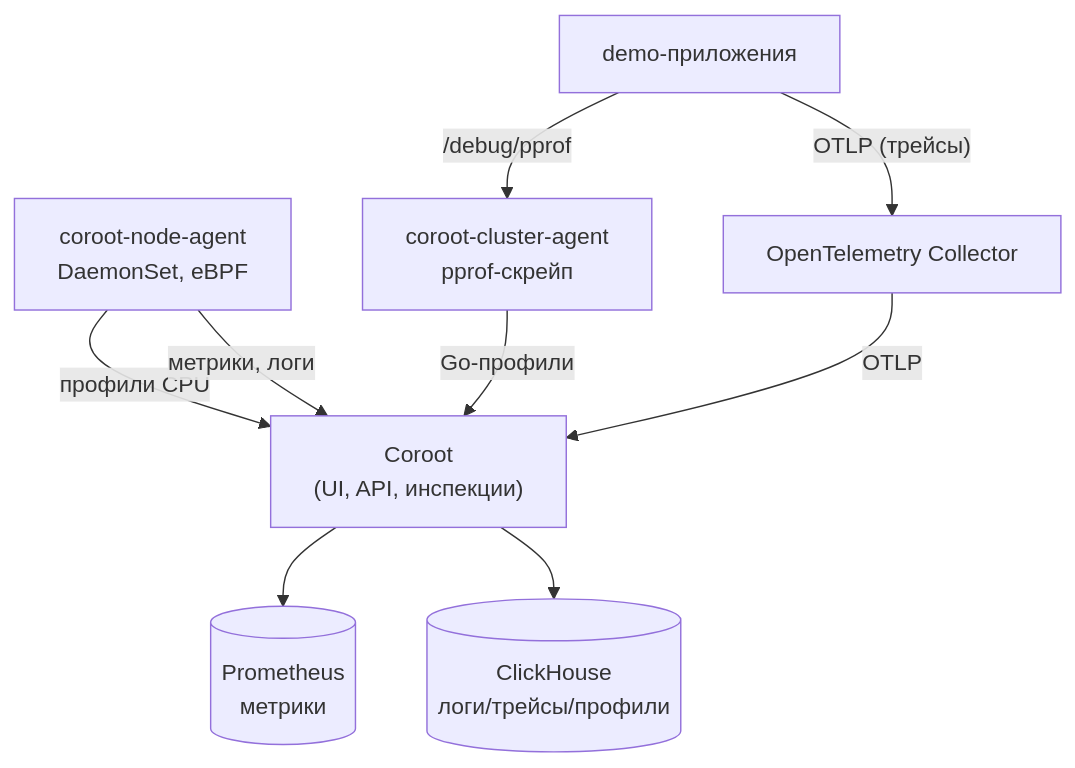
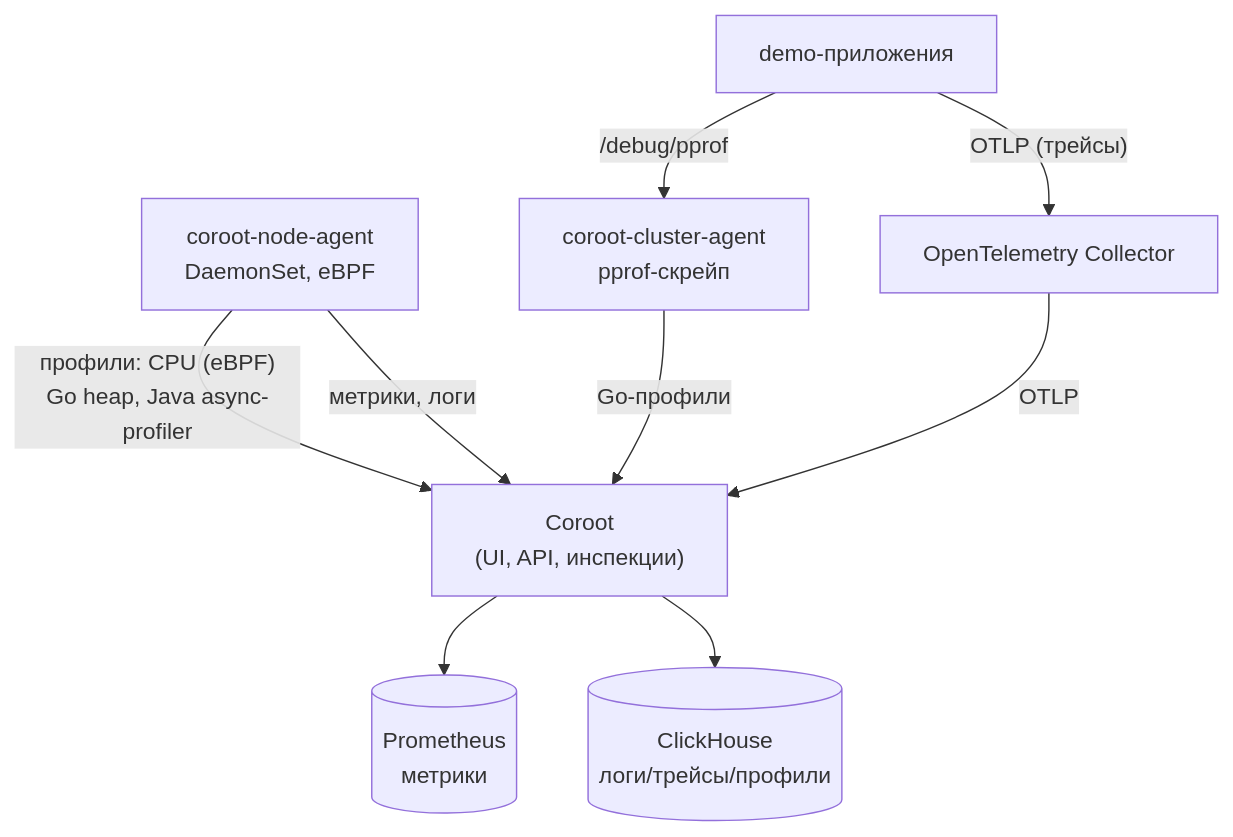
Before and after one commit to patsevanton/coroot-kubernetes-observability: the diagram in README.md, drawn with Mermaid.

Commit message:
docs: уточнение профилей, собираемых node-agent

````diff
--- a/README.md
+++ b/README.md
@@ -67,15 +67,15 @@
 ```mermaid
 flowchart TB
     Coroot["Coroot<br/>(UI, API, инспекции)"]
 
     Coroot --> PG[(Prometheus<br/>метрики)]
     Coroot --> CH[(ClickHouse<br/>логи/трейсы/профили)]
 
-    NodeAgent["coroot-node-agent<br/>DaemonSet, eBPF"] -->|профили CPU| Coroot
+    NodeAgent["coroot-node-agent<br/>DaemonSet, eBPF"] -->|"профили: CPU (eBPF)<br/>Go heap, Java async-profiler"| Coroot
     NodeAgent -->|метрики, логи| Coroot
     ClusterAgent["coroot-cluster-agent<br/>pprof-скрейп"] -->|Go-профили| Coroot
 
     App["demo-приложения"] -->|/debug/pprof| ClusterAgent
     App -->|"OTLP (трейсы)"| OTel["OpenTelemetry Collector"]
     OTel -->|OTLP| Coroot
 ```
````
